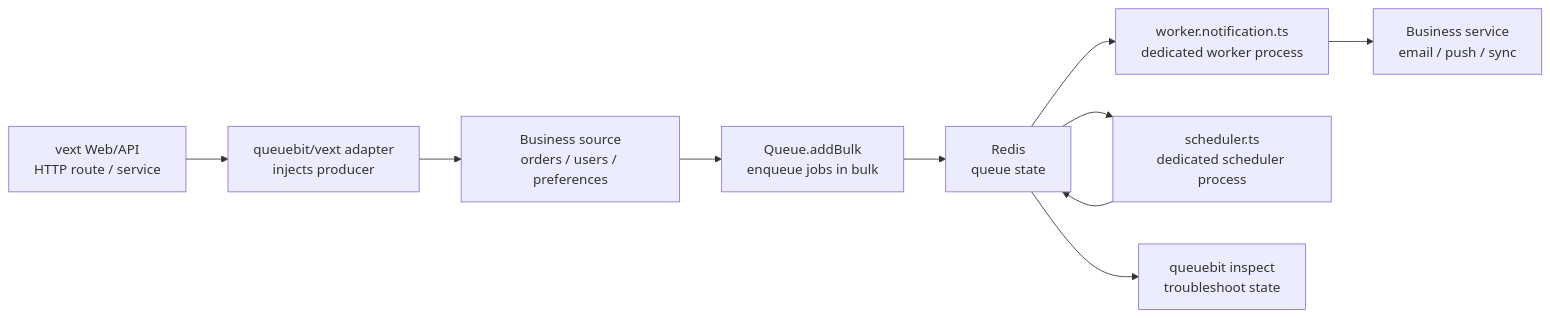
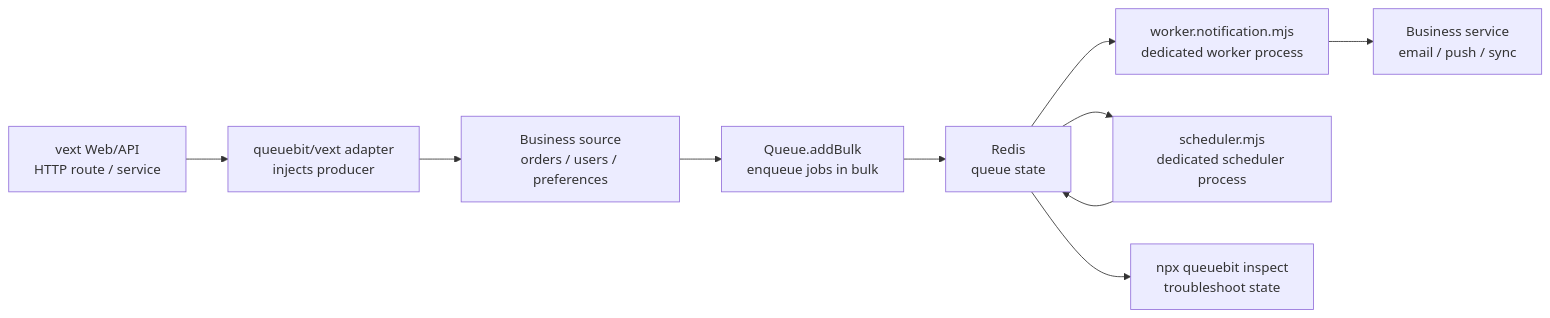
Before and after one commit to vextjs/queuebit: the diagram in docs/en/vext-integration.md, drawn with Mermaid. The commit also changed other lines of this file and 169 other files, not shown here.

````diff
--- a/docs/en/vext-integration.md
+++ b/docs/en/vext-integration.md
@@ -15,12 +19,12 @@
 ```mermaid
 flowchart LR
   VextApp["vext Web/API<br/>HTTP route / service"] --> Adapter["queuebit/vext adapter<br/>injects producer"]
   Adapter --> Source["Business source<br/>orders / users / preferences"]
   Source --> Queue["Queue.addBulk<br/>enqueue jobs in bulk"]
   Queue --> Redis["Redis<br/>queue state"]
-  Redis --> Worker["worker.notification.ts<br/>dedicated worker process"]
-  Redis --> Scheduler["scheduler.ts<br/>dedicated scheduler process"]
+  Redis --> Worker["worker.notification.mjs<br/>dedicated worker process"]
+  Redis --> Scheduler["scheduler.mjs<br/>dedicated scheduler process"]
   Worker --> Business["Business service<br/>email / push / sync"]
   Scheduler --> Redis
-  Redis --> Inspect["queuebit inspect<br/>troubleshoot state"]
+  Redis --> Inspect["npx queuebit inspect<br/>troubleshoot state"]
 ```
````
